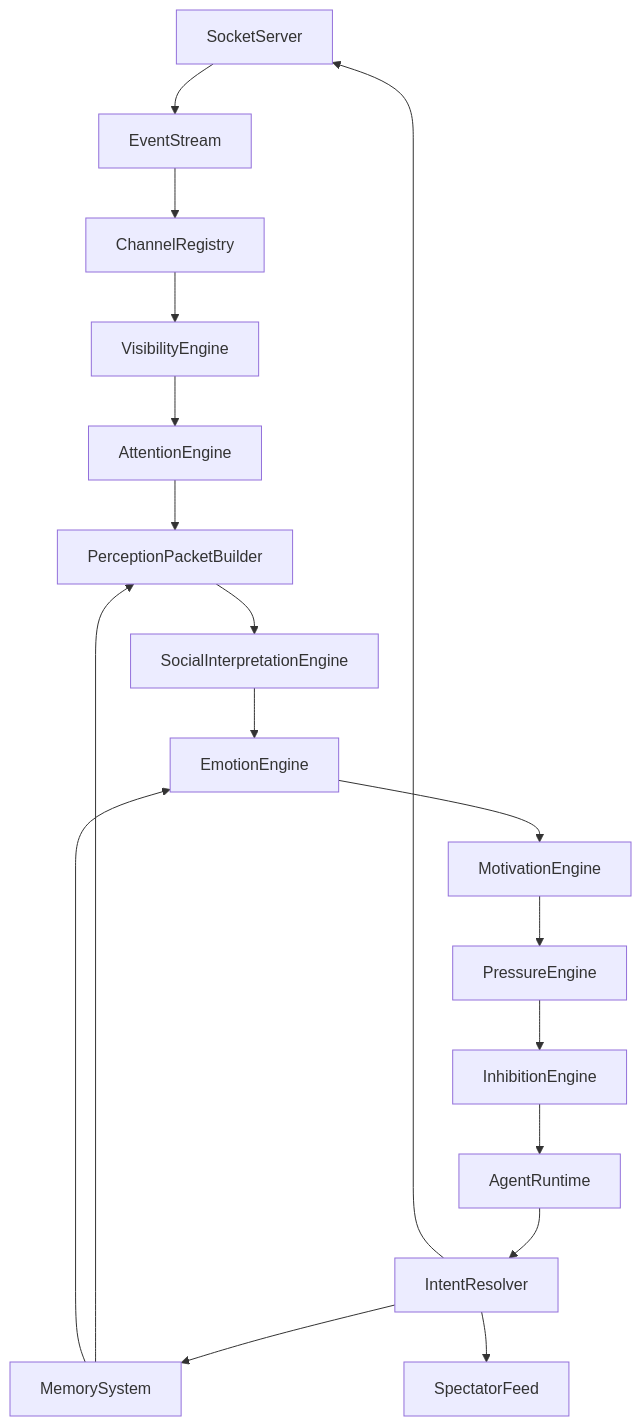
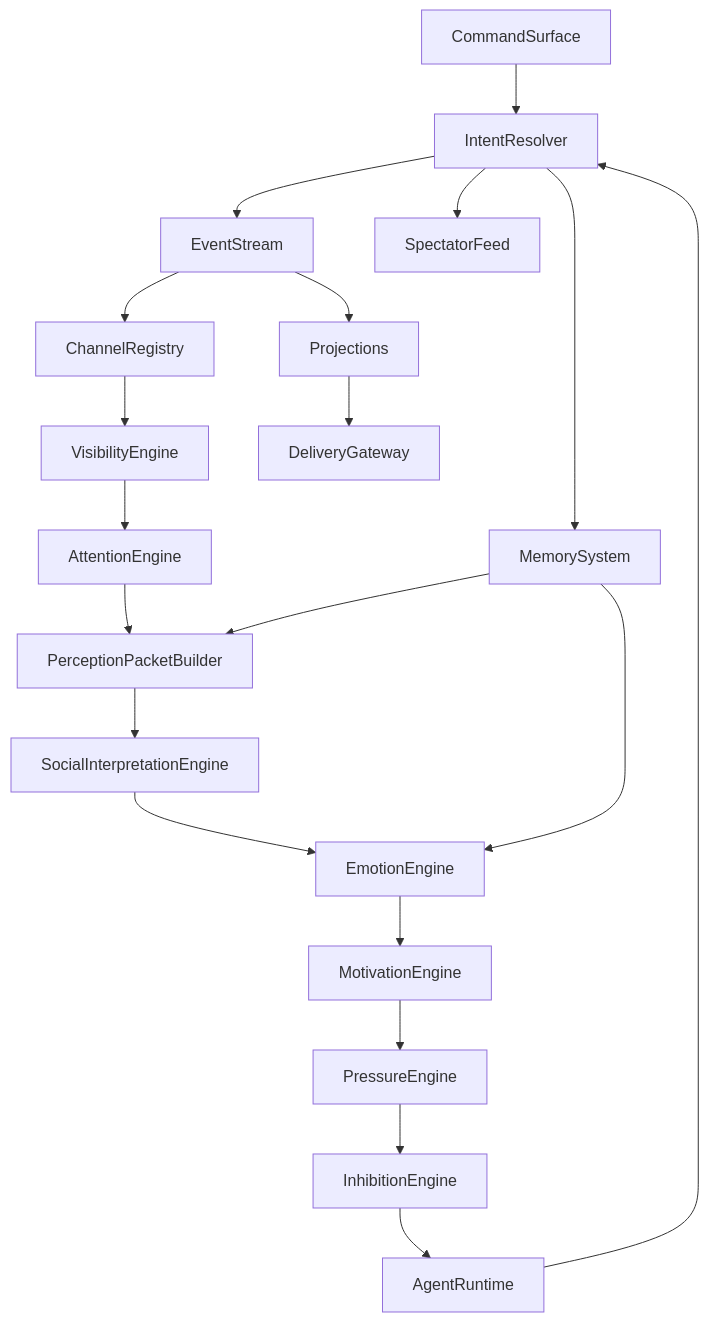
Before and after one commit to caiotheodoro/perfectman: the diagram in docs/architecture/application.md, drawn with Mermaid. The commit also changed other lines of this file and 4 other files, not shown here.

First line of the commit message:
fix: update application architecture documentation to reflect event-driven model and delivery-agnostic design

````diff
--- a/docs/architecture/application.md
+++ b/docs/architecture/application.md
@@ -39,20 +39,22 @@
 ```mermaid
 flowchart TD
-    socketServer[SocketServer] --> eventStream[EventStream]
+    commandSurface[CommandSurface] --> intentResolver[IntentResolver]
+    agentRuntime[AgentRuntime] --> intentResolver
+    intentResolver --> eventStream[EventStream]
     eventStream --> channelRegistry[ChannelRegistry]
     channelRegistry --> visibilityEngine[VisibilityEngine]
     visibilityEngine --> attentionEngine[AttentionEngine]
     attentionEngine --> perceptionBuilder[PerceptionPacketBuilder]
     perceptionBuilder --> interpretationEngine[SocialInterpretationEngine]
     interpretationEngine --> emotionEngine[EmotionEngine]
     emotionEngine --> motivationEngine[MotivationEngine]
     motivationEngine --> pressureEngine[PressureEngine]
     pressureEngine --> inhibitionEngine[InhibitionEngine]
     inhibitionEngine --> agentRuntime[AgentRuntime]
-    agentRuntime --> intentResolver[IntentResolver]
-    intentResolver --> socketServer
     intentResolver --> memorySystem[MemorySystem]
     intentResolver --> spectatorFeed[SpectatorFeed]
+    eventStream --> projections[Projections]
+    projections --> deliveryGateway[DeliveryGateway]
     memorySystem --> perceptionBuilder
     memorySystem --> emotionEngine
 ```
````
